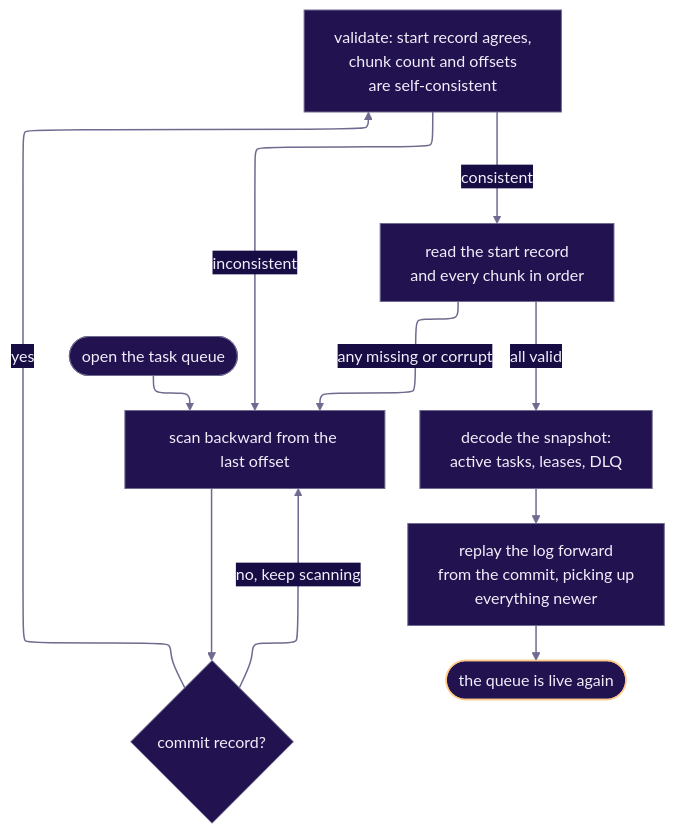
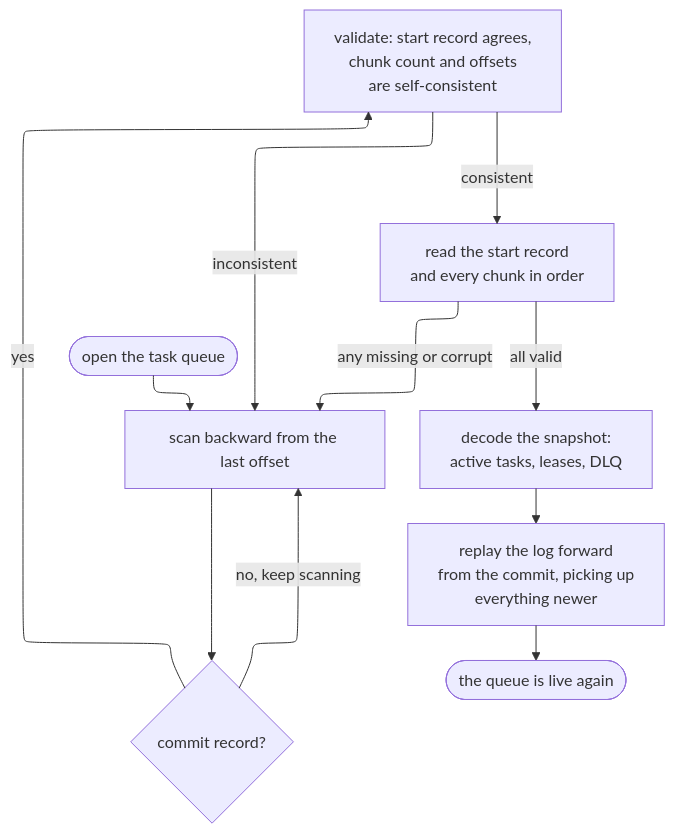
One commit to dmunish/mikyu changed diagram 12 of 15 in ARCHITECTURE.md. Above: the diagram before and after it, drawn with Mermaid. The commit also changed other lines of this file, not shown here.

Commit message:
[docs] ARCHITECTURE: remove theming

````diff
--- a/ARCHITECTURE.md
+++ b/ARCHITECTURE.md
@@ -680,34 +514,19 @@
 ```mermaid
 ---
 config:
   layout: elk
-  theme: base
   themeVariables:
-    background: "#170d44"
-    primaryColor: "#221350"
-    primaryBorderColor: "#6f6a8f"
-    primaryTextColor: "#f2eefb"
-    lineColor: "#6f6a8f"
-    textColor: "#a29dbd"
-    clusterBkg: "#170d44"
-    clusterBorder: "#3b2a5e"
-    edgeLabelBackground: "#170d44"
-    titleColor: "#f2eefb"
     fontFamily: "IBM Plex Mono, monospace"
 ---
 flowchart TD
     A(["open the task queue"]) --> B["scan backward from the last offset"]
     B --> C{"commit record?"}
     C -->|no, keep scanning| B
     C -->|yes| D["validate: start record agrees,<br/>chunk count and offsets<br/>are self-consistent"]
     D -->|inconsistent| B
     D -->|consistent| E["read the start record<br/>and every chunk in order"]
     E -->|"any missing or corrupt"| B
     E -->|all valid| F["decode the snapshot:<br/>active tasks, leases, DLQ"]
     F --> G["replay the log forward<br/>from the commit, picking up<br/>everything newer"]
     G --> H(["the queue is live again"])
-
-    classDef ok fill:#221350,stroke:#ffca86,color:#f2eefb,stroke-width:1.5px
-    class H ok
-    linkStyle default stroke:#6f6a8f,stroke-width:1.5px
 ```
````
